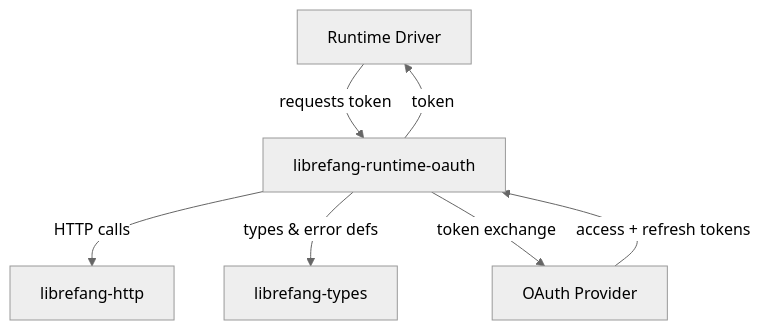
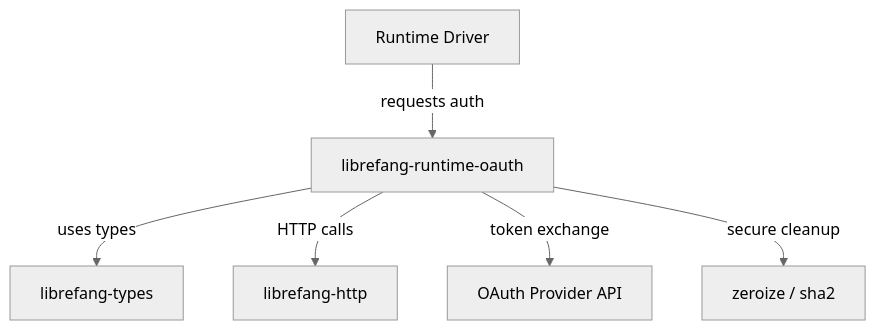
The diagram in other-librefang-runtime-oauth.md (leszek3737/librefang-WIki), drawn with Mermaid (neutral theme) before and after one commit. The commit also changed other lines of this file and 98 other files, not shown here.

````diff
--- a/other-librefang-runtime-oauth.md
+++ b/other-librefang-runtime-oauth.md
@@ -18,9 +13,8 @@
 ```mermaid
 graph TD
-    A[Runtime Driver] -->|requests token| B[librefang-runtime-oauth]
-    B -->|HTTP calls| C[librefang-http]
-    B -->|types & error defs| D[librefang-types]
-    B -->|token exchange| E[OAuth Provider]
-    E -->|access + refresh tokens| B
-    B -->|token| A
+    A[Runtime Driver] -->|requests auth| B[librefang-runtime-oauth]
+    B -->|uses types| C[librefang-types]
+    B -->|HTTP calls| D[librefang-http]
+    B -->|token exchange| E[OAuth Provider API]
+    B -->|secure cleanup| F[zeroize / sha2]
 ```
````
